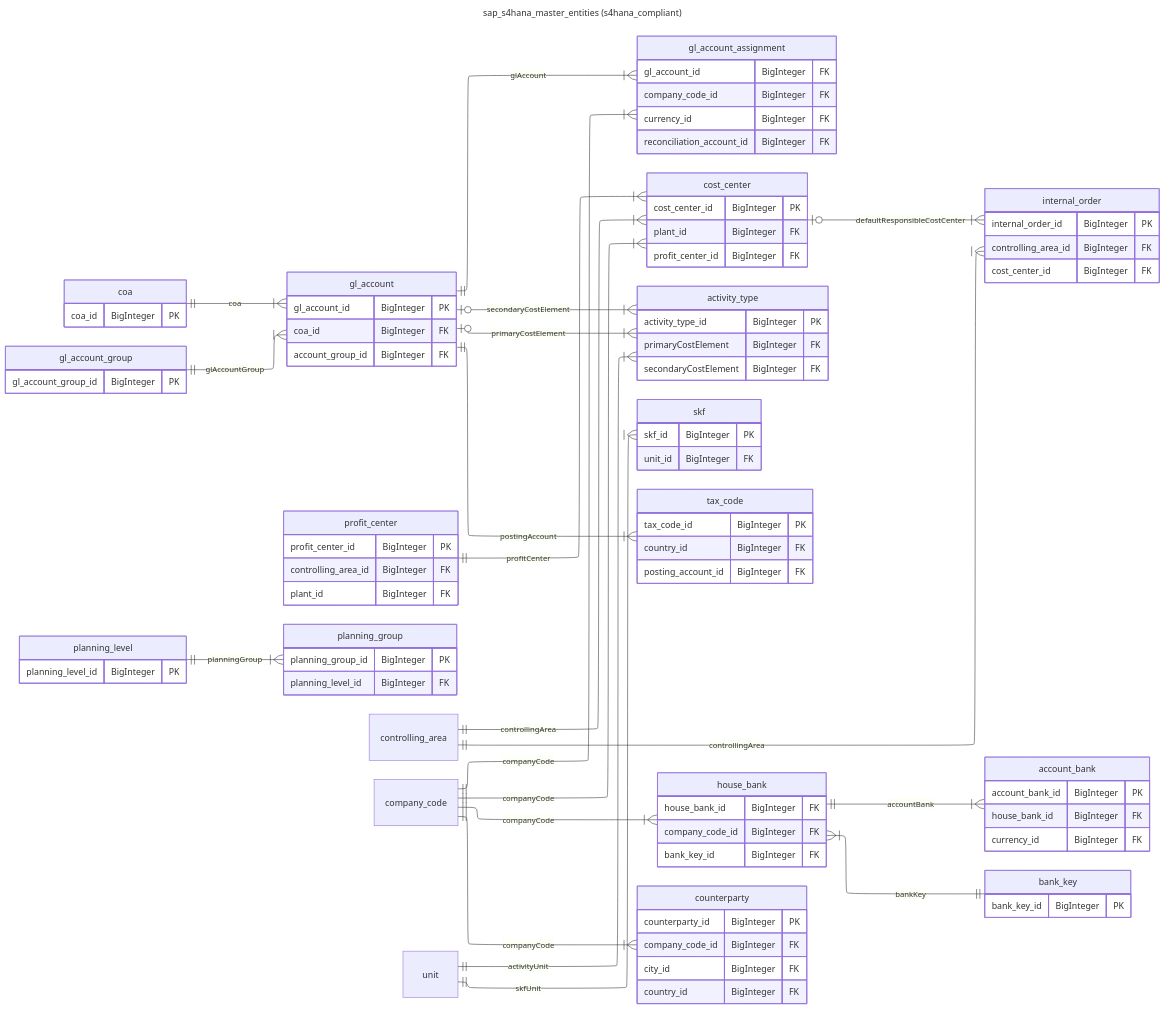
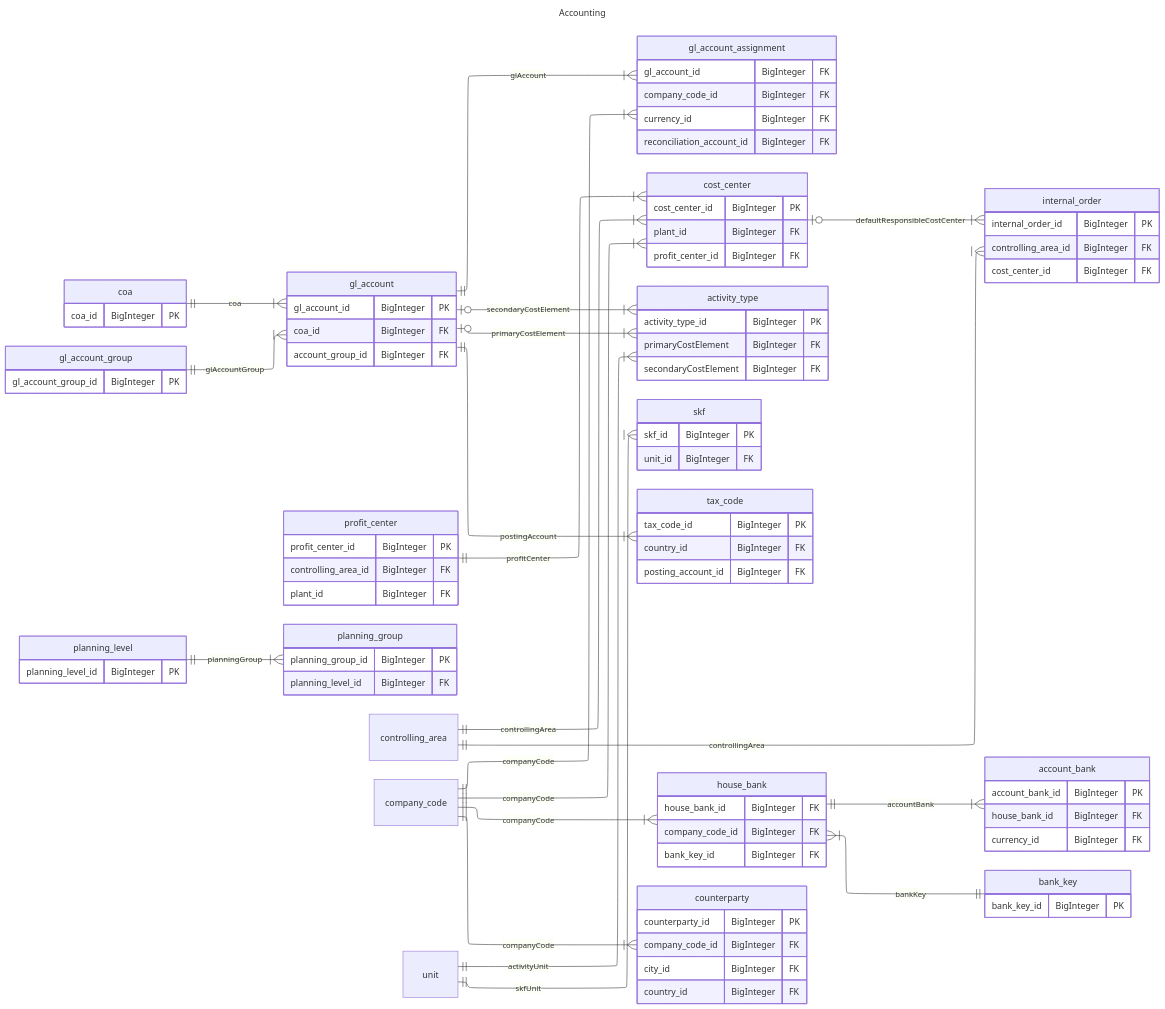
The diagram in split_v2/accounting.mmd (anhpeter/DDC), drawn with Mermaid before and after one commit. The commit also changed 4 other files, not shown here.

```diff
--- a/split_v2/accounting.mmd
+++ b/split_v2/accounting.mmd
@@ -1,132 +1,132 @@
 ---
-title: sap_s4hana_master_entities (s4hana_compliant)
+title: Accounting
 config:
   layout: elk
 ---
 erDiagram
     direction lr
 
     coa {
         coa_id BigInteger PK
     }
     gl_account_group {
         gl_account_group_id BigInteger PK
     }
     gl_account {
         gl_account_id BigInteger PK
         coa_id BigInteger FK
         account_group_id BigInteger FK
     }
     gl_account_assignment {
         gl_account_id BigInteger FK
         company_code_id BigInteger FK
         currency_id BigInteger FK
         reconciliation_account_id BigInteger FK
     }
     cost_center {
         cost_center_id BigInteger PK
         plant_id BigInteger FK
         profit_center_id BigInteger FK
     }
     profit_center {
         profit_center_id BigInteger PK
         controlling_area_id BigInteger FK
         plant_id BigInteger FK
     }
     internal_order {
         internal_order_id BigInteger PK
         controlling_area_id BigInteger FK
         cost_center_id BigInteger FK
     }
     activity_type {
         activity_type_id BigInteger PK
         primaryCostElement BigInteger FK
         secondaryCostElement BigInteger FK
     }
     skf {
         skf_id BigInteger PK
         unit_id BigInteger FK
     }
     planning_level {
         planning_level_id BigInteger PK
     }
     planning_group {
         planning_group_id BigInteger PK
         planning_level_id BigInteger FK
     }
     tax_code {
         tax_code_id BigInteger PK
         country_id BigInteger FK
         posting_account_id BigInteger FK
 
     }
     house_bank {
         house_bank_id BigInteger FK
         company_code_id BigInteger FK
         bank_key_id BigInteger FK
     }
     account_bank {
         account_bank_id BigInteger PK
         house_bank_id BigInteger FK
         currency_id BigInteger FK
     }
     counterparty {
         counterparty_id BigInteger PK
         company_code_id BigInteger FK
         city_id BigInteger FK
         country_id BigInteger FK
     }
     bank_key {
         bank_key_id BigInteger PK
     }
     %% %%
     %% payment_term {
     %%     payment_term_id BigInteger PK
     %% }
     %% payment_method {
     %%     payment_method BigInteger PK
     %% }
     %% document_type {
     %%     document_type_id BigInteger PK
     %% }
     %% tax_category {
     %%     tax_category_id BigInteger PK
     %% }
     %% tax_classification {
     %%     tax_classification_id BigInteger PK
     %% }
 
 
     %% CONTROLLING AREA
     controlling_area ||--|{ cost_center : "controllingArea"
     company_code ||--|{ cost_center : "companyCode"
     company_code ||--|{ counterparty : "companyCode"
     profit_center ||--|{ cost_center : "profitCenter"
 
     %% ACTIVITY TYPE
     unit  ||--|{ activity_type  : "activityUnit"
 
     %% GL ACCOUNT
     gl_account_group ||--|{  gl_account: "glAccountGroup"
     coa ||--|{  gl_account: "coa"
     gl_account ||--|{ gl_account_assignment : "glAccount"
     company_code ||--|{ gl_account_assignment : "companyCode"
     gl_account |o--|{ activity_type : "primaryCostElement"
     gl_account |o--|{ activity_type : "secondaryCostElement"
 
     %% INTERNAL ORDER
     controlling_area ||--|{ internal_order : "controllingArea"
     cost_center |o--|{ internal_order : "defaultResponsibleCostCenter"
 
     %% TAX CONFIGURATION
     gl_account ||--|{ tax_code  : "postingAccount"
 
     %% PLANNING
     planning_level ||--|{ planning_group : "planningGroup"
 
     %% SKF
     unit    ||--|{ skf  : "skfUnit"
 
     company_code ||--|{ house_bank : "companyCode"
     house_bank }|--|| bank_key : "bankKey"
     house_bank ||--|{ account_bank : "accountBank"
```
